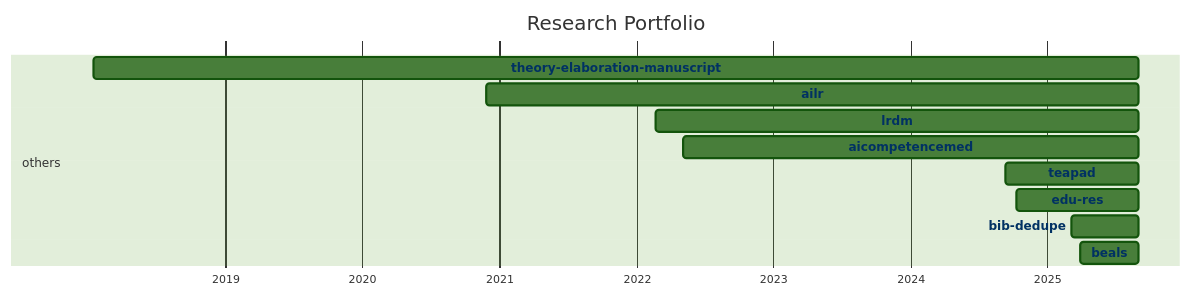
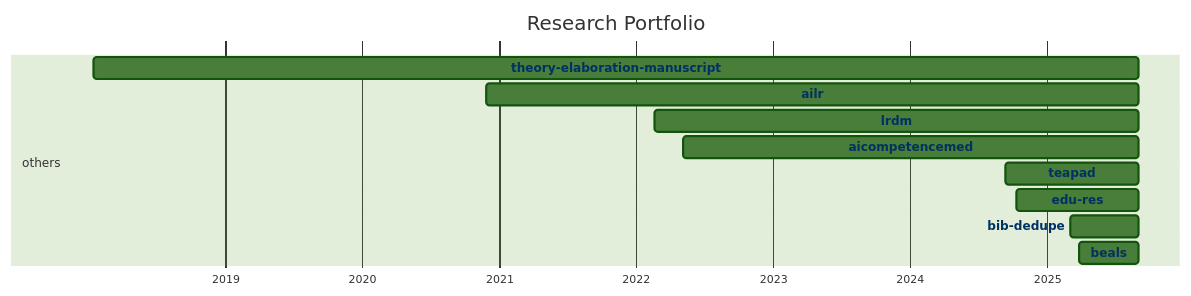
One commit to digital-work-lab/handbook changed the diagram in docs/20-research/25-projects-gantt.md. Above: the diagram before and after it, drawn with Mermaid (forest theme).

Commit message:
Update repository overview

````diff
--- a/docs/20-research/25-projects-gantt.md
+++ b/docs/20-research/25-projects-gantt.md
@@ -8,35 +8,35 @@
 ```mermaid
 ---
 displayMode: compact
 ---
 gantt
 title Research Portfolio
 dateFormat YYYY-MM-DD
 axisFormat %Y
 
     section work_practices
 
     section distributed_organizing
 
     section knowledge_synthesis
 
     section others
-        beals :beals, 2025-03-28, 2025-08-31
-        bib-dedupe :bib-dedupe, 2025-03-04, 2025-08-31
-        edu-res :edu-res, 2024-10-10, 2025-08-31
-        teapad :teapad, 2024-09-10, 2025-08-31
-        aicompetencemed :aicompetencemed, 2022-05-06, 2025-08-31
-        lrdm :lrdm, 2022-02-20, 2025-08-31
-        ailr :ailr, 2020-11-26, 2025-08-31
-        theory-elaboration-manuscript :theory-elaboration-manuscript, 2018-01-15, 2025-08-31
+        beals :beals, 2025-03-28, 2025-09-01
+        bib-dedupe :bib-dedupe, 2025-03-04, 2025-09-01
+        edu-res :edu-res, 2024-10-10, 2025-09-01
+        teapad :teapad, 2024-09-10, 2025-09-01
+        aicompetencemed :aicompetencemed, 2022-05-06, 2025-09-01
+        lrdm :lrdm, 2022-02-20, 2025-09-01
+        ailr :ailr, 2020-11-26, 2025-09-01
+        theory-elaboration-manuscript :theory-elaboration-manuscript, 2018-01-15, 2025-09-01
 
 
     click beals href "{{ site.baseurl }}/docs/10-lab/18-resources/beals.html"
     click bib-dedupe href "{{ site.baseurl }}/docs/10-lab/18-resources/bib-dedupe.html"
     click edu-res href "{{ site.baseurl }}/docs/10-lab/18-resources/edu-res.html"
     click teapad href "{{ site.baseurl }}/docs/10-lab/18-resources/teapad.html"
     click aicompetencemed href "{{ site.baseurl }}/docs/10-lab/18-resources/aicompetencemed.html"
     click lrdm href "{{ site.baseurl }}/docs/10-lab/18-resources/lrdm.html"
     click ailr href "{{ site.baseurl }}/docs/10-lab/18-resources/ailr.html"
     click theory-elaboration-manuscript href "{{ site.baseurl }}/docs/10-lab/18-resources/theory-elaboration-manuscript.html"
 ```
````
